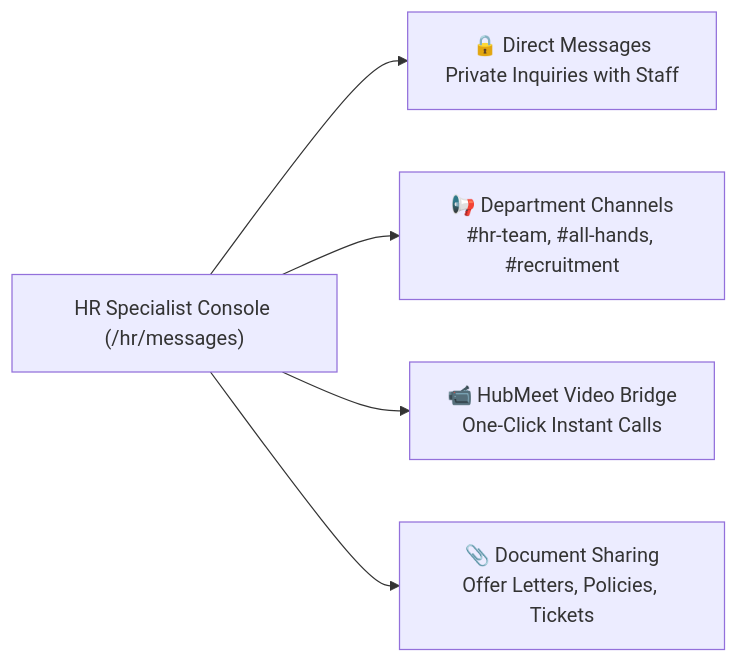
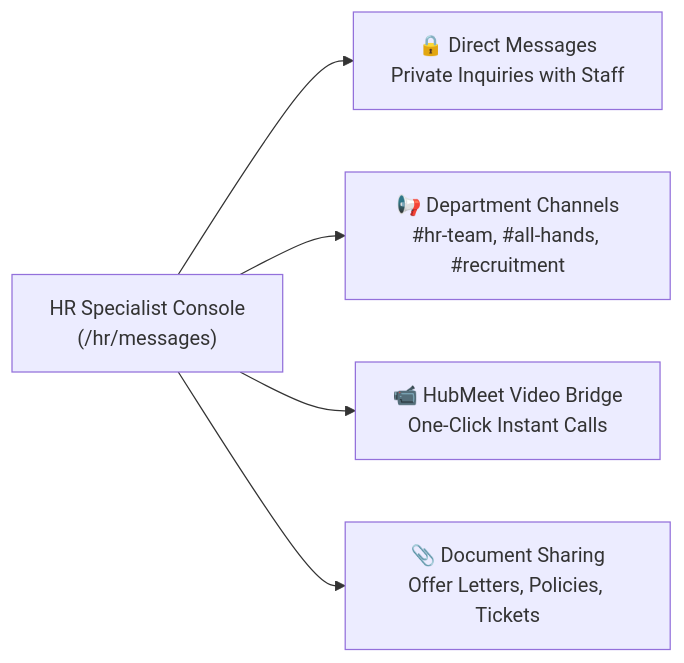
One commit to SRJ-GROUP/hubnest_user_guide changed the diagram in docs/hrms-hr/messages.md. Above: the diagram before and after it, drawn with Mermaid. The commit also changed 161 other files, not shown here.

Commit message:
feat: complete HubMeet suite, supervisor portal docs, diagram fixes, and interactive eye-button zoom modal

````diff
--- a/docs/hrms-hr/messages.md
+++ b/docs/hrms-hr/messages.md
@@ -20,7 +20,7 @@
 ```mermaid
 graph LR
-    HR["HR Specialist Console (/hr/messages)"] --> DMs["🔒 Direct Messages<br/>Private Inquiries with Staff"]
+    HR["HR Specialist Console<br/>(/hr/messages)"] --> DMs["🔒 Direct Messages<br/>Private Inquiries with Staff"]
     HR --> Channels["📢 Department Channels<br/>#hr-team, #all-hands, #recruitment"]
     HR --> Video["📹 HubMeet Video Bridge<br/>One-Click Instant Calls"]
     HR --> Vault["📎 Document Sharing<br/>Offer Letters, Policies, Tickets"]
 ```
````
